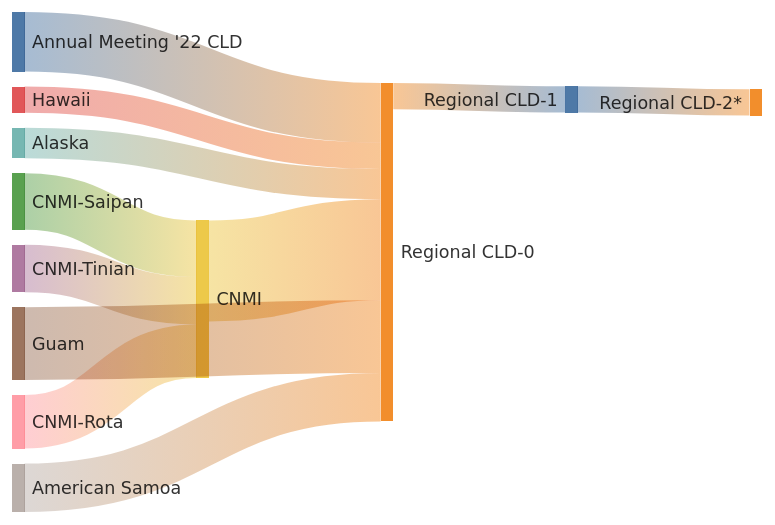
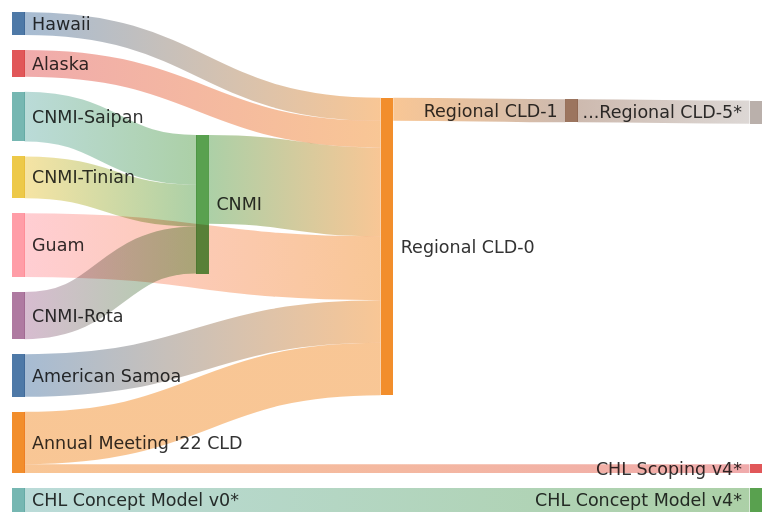
Before and after one commit to CBSDLab/sandbox-mermaid: the diagram in CHLFS.md, drawn with Mermaid.

````diff
--- a/CHLFS.md
+++ b/CHLFS.md
@@ -1,20 +1,24 @@
 ```mermaid
 ---
 config:
   sankey:
     showValues: false
 ---
 sankey-beta
 
-Annual Meeting '22 CLD,Regional CLD-0,59
+
+
 Hawaii,Regional CLD-0,26
 Alaska,Regional CLD-0,30
 CNMI-Saipan,CNMI,56
 CNMI-Tinian,CNMI,47
 CNMI-Rota,CNMI,53
 CNMI,Regional CLD-0,100
 Guam,Regional CLD-0,72
+Regional CLD-0,Regional CLD-1,26
+Regional CLD-1,...Regional CLD-5*,26
 American Samoa,Regional CLD-0,48
-Regional CLD-0,Regional CLD-1,26
-Regional CLD-1,Regional CLD-2*,26
+Annual Meeting '22 CLD,Regional CLD-0,59
+Annual Meeting '22 CLD,CHL Scoping v4*,10
+CHL Concept Model v0*,CHL Concept Model v4*,27 
 ```
````
